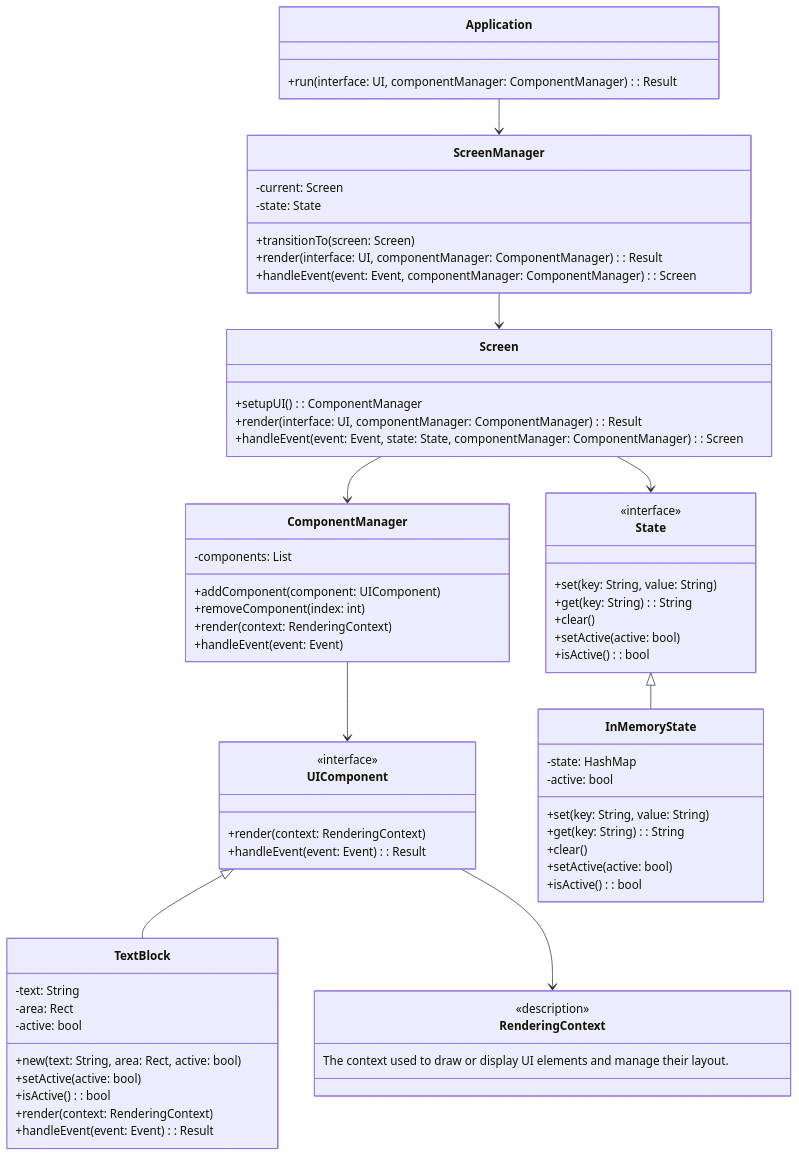
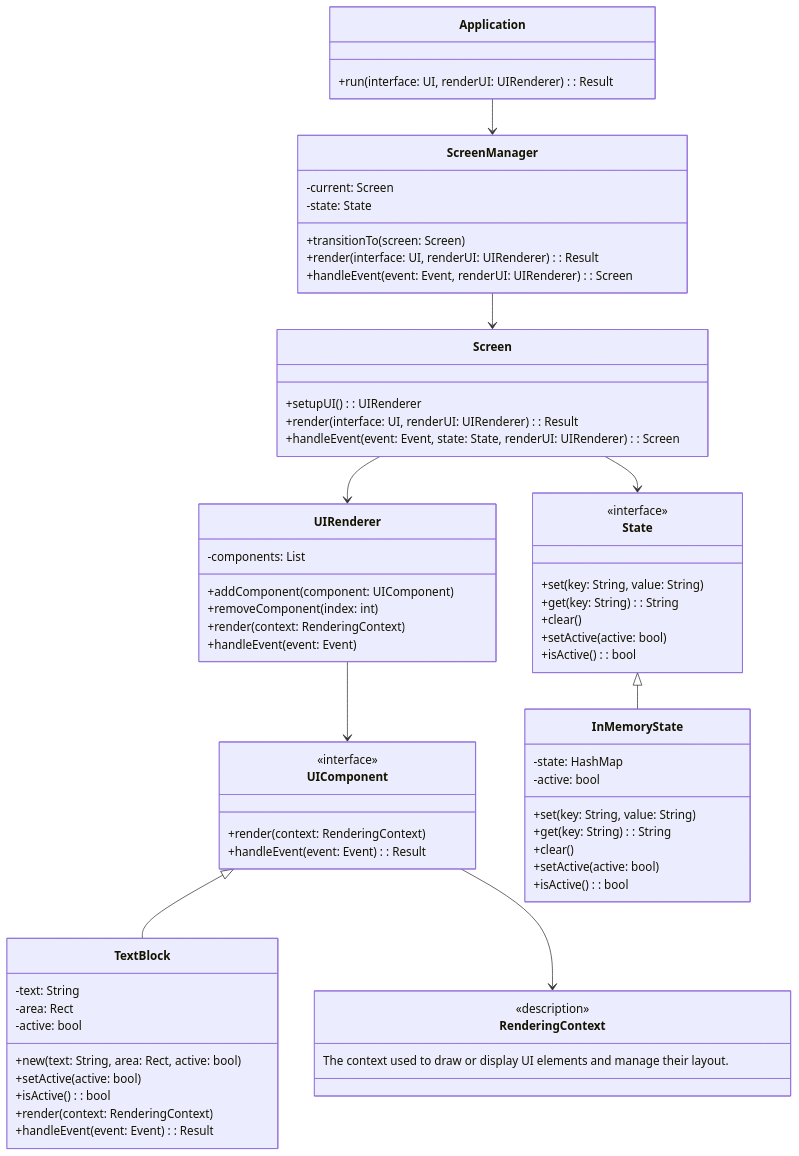
One commit to Phastboy/commando changed the diagram in board.md. Above: the diagram before and after it, drawn with Mermaid.

````diff
--- a/board.md
+++ b/board.md
@@ -1,80 +1,80 @@
 ``` mermaid
 classDiagram
 direction TB
 
 class Application {
-    +run(interface: UI, componentManager: ComponentManager): Result
+    +run(interface: UI, renderUI: UIRenderer): Result
 }
 
-class ComponentManager {
+class UIRenderer {
     +addComponent(component: UIComponent)
     +removeComponent(index: int)
     +render(context: RenderingContext)
     +handleEvent(event: Event)
     -components: List<UIComponent>
 }
 
 class ScreenManager {
     +transitionTo(screen: Screen)
-    +render(interface: UI, componentManager: ComponentManager): Result
-    +handleEvent(event: Event, componentManager: ComponentManager): Screen
+    +render(interface: UI, renderUI: UIRenderer): Result
+    +handleEvent(event: Event, renderUI: UIRenderer): Screen
     -current: Screen
     -state: State
 }
 
 class Screen {
-    +setupUI(): ComponentManager
-    +render(interface: UI, componentManager: ComponentManager): Result
-    +handleEvent(event: Event, state: State, componentManager: ComponentManager): Screen
+    +setupUI(): UIRenderer
+    +render(interface: UI, renderUI: UIRenderer): Result
+    +handleEvent(event: Event, state: State, renderUI: UIRenderer): Screen
 }
 
 class UIComponent {
     <<interface>>
     +render(context: RenderingContext)
     +handleEvent(event: Event): Result
 }
 
 class TextBlock {
     +new(text: String, area: Rect, active: bool)
     +setActive(active: bool)
     +isActive(): bool
     +render(context: RenderingContext)
     +handleEvent(event: Event): Result
     -text: String
     -area: Rect
     -active: bool
 }
 
 class State {
     <<interface>>
     +set(key: String, value: String)
     +get(key: String): String
     +clear()
     +setActive(active: bool)
     +isActive(): bool
 }
 
 class InMemoryState {
     +set(key: String, value: String)
     +get(key: String): String
     +clear()
     +setActive(active: bool)
     +isActive(): bool
     -state: HashMap<String, String>
     -active: bool
 }
 
 class RenderingContext {
     <<description>>
     The context used to draw or display UI elements and manage their layout.
 }
 
 Application --> ScreenManager
 ScreenManager --> Screen
-Screen --> ComponentManager
+Screen --> UIRenderer
 Screen --> State
-ComponentManager --> UIComponent
+UIRenderer --> UIComponent
 UIComponent <|-- TextBlock
 State <|-- InMemoryState
 UIComponent --> RenderingContext
 ```
````
